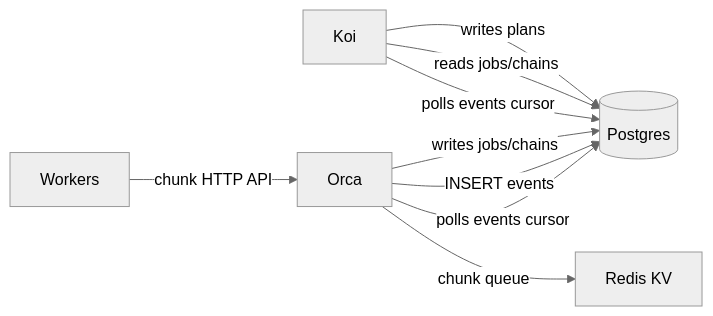
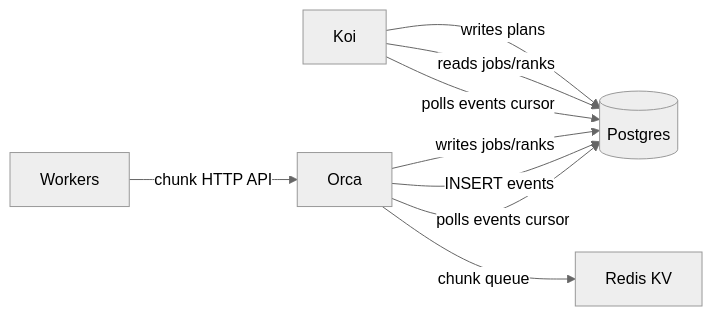
The fourth of 5 diagrams in DATA_ARCHITECTURE.md (Tandemn-Labs/tandemn-store), drawn with Mermaid (neutral theme) before and after one commit. The commit also changed other lines of this file and 23 other files, not shown here.

Commit message:
feat(store): replace chains with canonical ranks

````diff
--- a/DATA_ARCHITECTURE.md
+++ b/DATA_ARCHITECTURE.md
@@ -408,13 +406,13 @@
 ```mermaid
 flowchart LR
     Koi -- writes plans --> PG[(Postgres)]
-    Orca -- writes jobs/chains --> PG
-    Koi -- reads jobs/chains --> PG
+    Orca -- writes jobs/ranks --> PG
+    Koi -- reads jobs/ranks --> PG
 
     Orca -- INSERT events --> PG
     Koi -- polls events cursor --> PG
     Orca -- polls events cursor --> PG
 
     Orca -- chunk queue --> RKV[Redis KV]
     Workers -- chunk HTTP API --> Orca
 ```
````
